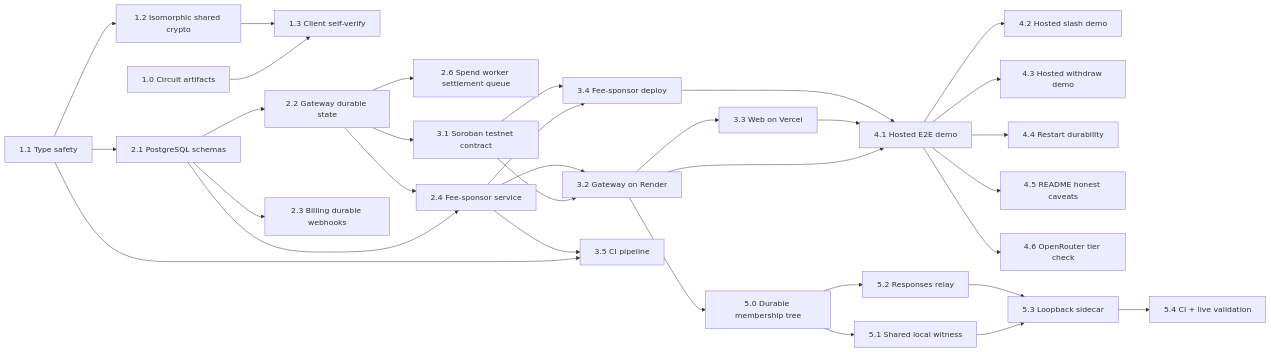
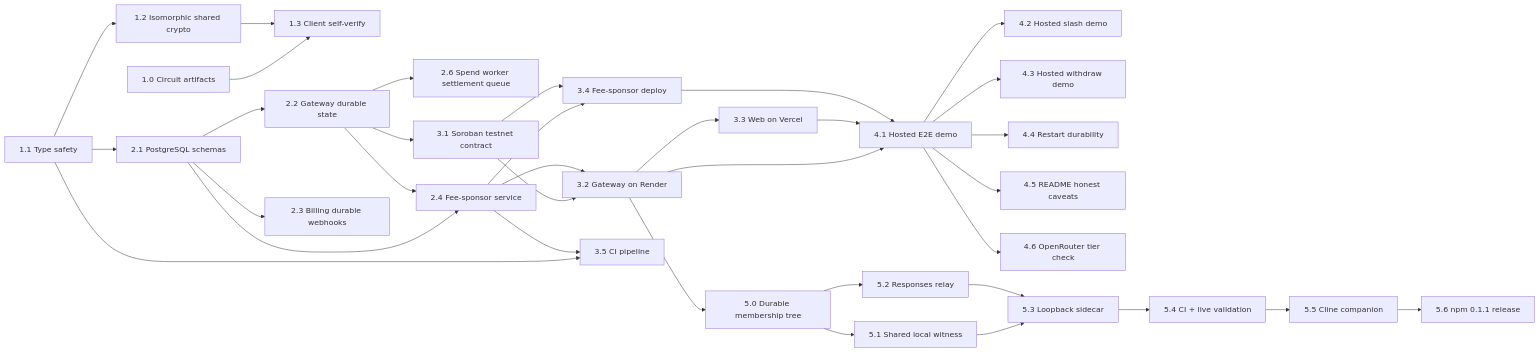
The diagram in docs/ai/planning/2026-08-04-feature-stellar-launch.md (mangekyou-labs/haze-api), drawn with Mermaid before and after one commit. The commit also changed other lines of this file, not shown here.

Commit message:
docs(plan): replace final pipeline with Cline acceptance

````diff
--- a/docs/ai/planning/2026-08-04-feature-stellar-launch.md
+++ b/docs/ai/planning/2026-08-04-feature-stellar-launch.md
@@ -358,34 +383,36 @@
 ```mermaid
 flowchart LR
   A[1.1 Type safety] --> B[1.2 Isomorphic shared crypto]
   Z[1.0 Circuit artifacts] --> C
   B --> C[1.3 Client self-verify]
   A --> D[2.1 PostgreSQL schemas]
   D --> E[2.2 Gateway durable state]
   E --> E2[2.6 Spend worker settlement queue]
   D --> F[2.3 Billing durable webhooks]
   D --> G[2.4 Fee-sponsor service]
   E --> G
   E --> H[3.1 Soroban testnet contract]
   H --> I[3.2 Gateway on Render]
   G --> I
   G --> J[3.4 Fee-sponsor deploy]
   H --> J
   I --> K[3.3 Web on Vercel]
   A --> L[3.5 CI pipeline]
   G --> L
   I --> M[4.1 Hosted E2E demo]
   K --> M
   J --> M
   M --> N[4.2 Hosted slash demo]
   M --> O[4.3 Hosted withdraw demo]
   M --> P[4.4 Restart durability]
   M --> Q[4.5 README honest caveats]
   M --> R[4.6 OpenRouter tier check]
   I --> S0[5.0 Durable membership tree]
   S0 --> S1[5.1 Shared local witness]
   S0 --> S2[5.2 Responses relay]
   S1 --> S3[5.3 Loopback sidecar]
   S2 --> S3
   S3 --> S4[5.4 CI + live validation]
+  S4 --> S5[5.5 Cline companion]
+  S5 --> S6[5.6 npm 0.1.1 release]
 ```
````
